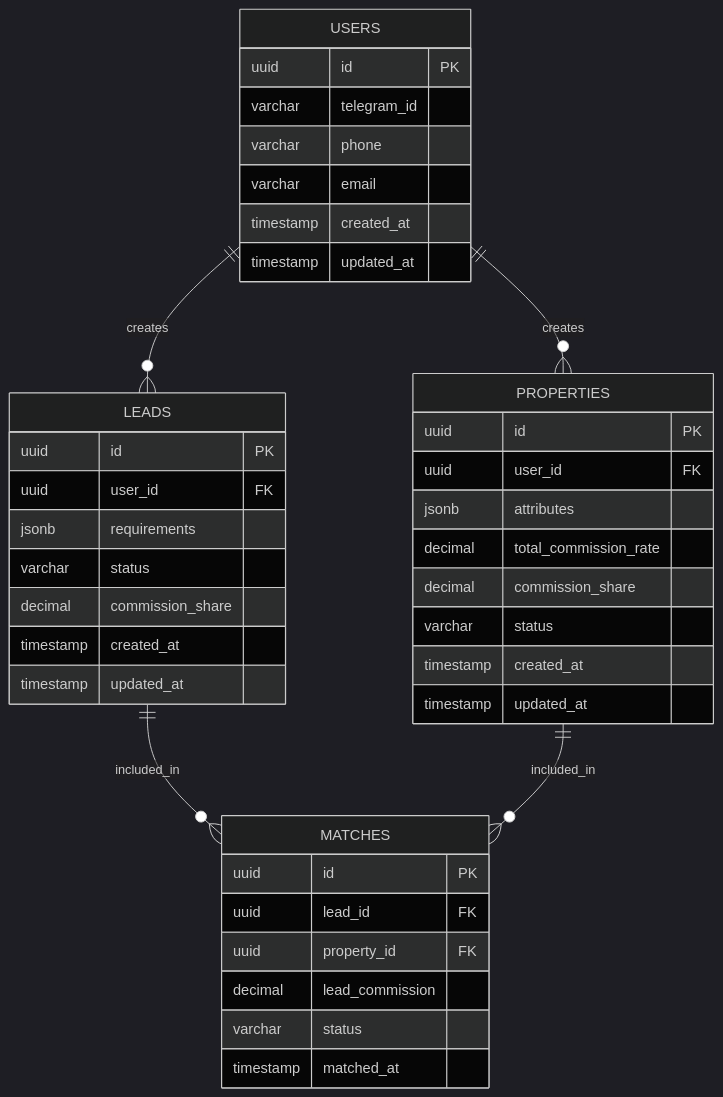
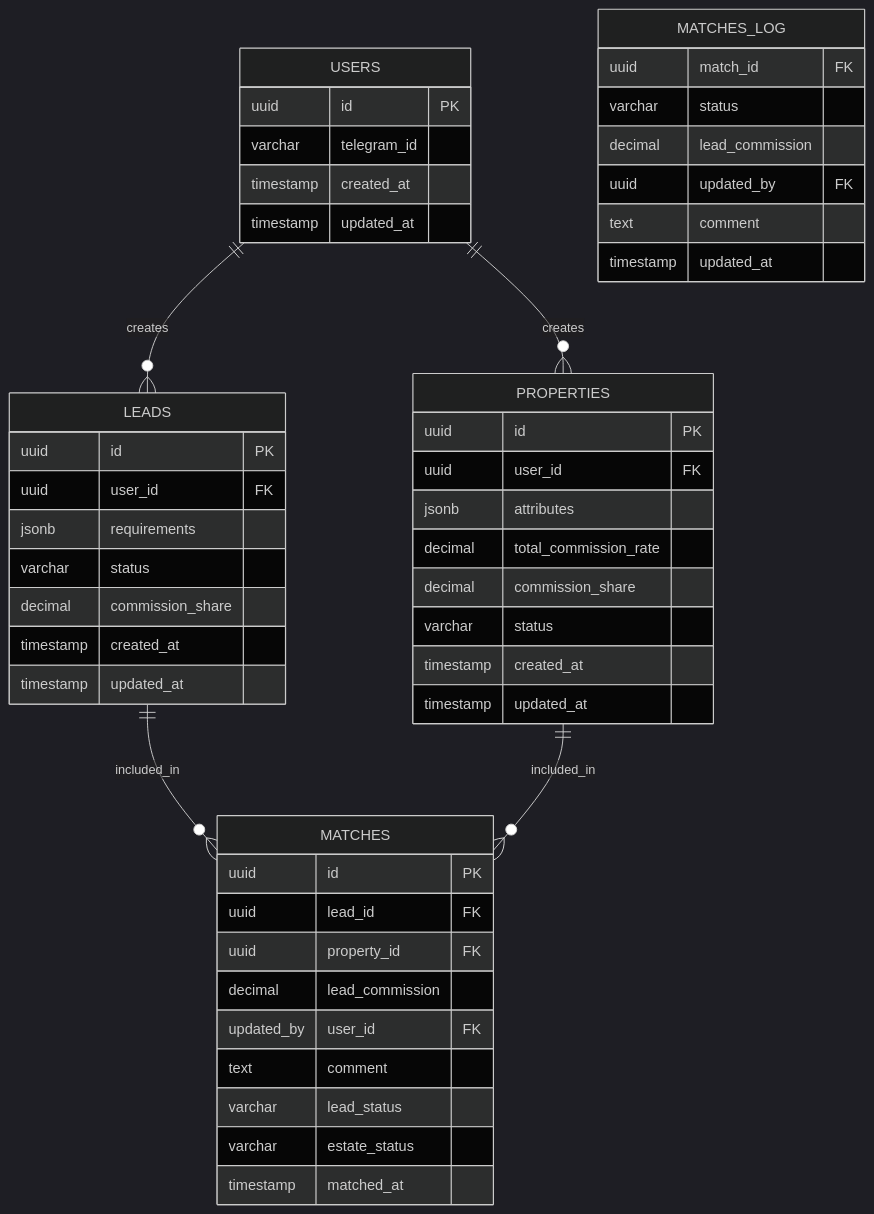
Before and after one commit to lead-exchange/docs: the third of 3 diagrams in design/architecture.md, drawn with Mermaid (dark theme). The commit also changed other lines of this file and 1 other file, not shown here.

````diff
--- a/design/architecture.md
+++ b/design/architecture.md
@@ -203,46 +158,56 @@
 ```mermaid
 erDiagram
     USERS ||--o{ LEADS : creates
     USERS ||--o{ PROPERTIES : creates
     LEADS ||--o{ MATCHES : included_in
     PROPERTIES ||--o{ MATCHES : included_in
     
     USERS {
         uuid id PK
         varchar telegram_id
-        varchar phone
-        varchar email
         timestamp created_at
         timestamp updated_at
     }
     
     LEADS {
         uuid id PK
         uuid user_id FK
         jsonb requirements
         varchar status
         decimal commission_share
         timestamp created_at
         timestamp updated_at
     }
     
     PROPERTIES {
         uuid id PK
         uuid user_id FK
         jsonb attributes
         decimal total_commission_rate
         decimal commission_share
         varchar status
         timestamp created_at
         timestamp updated_at
     }
     
     MATCHES {
         uuid id PK
         uuid lead_id FK
         uuid property_id FK
         decimal lead_commission
-        varchar status
+        updated_by user_id FK
+        text comment
+        varchar lead_status
+        varchar estate_status
         timestamp matched_at
     }
+    
+    MATCHES_LOG {
+    uuid match_id FK
+    varchar status
+    decimal lead_commission
+    uuid updated_by FK
+    text comment
+    timestamp updated_at
+    }
 ```
````
